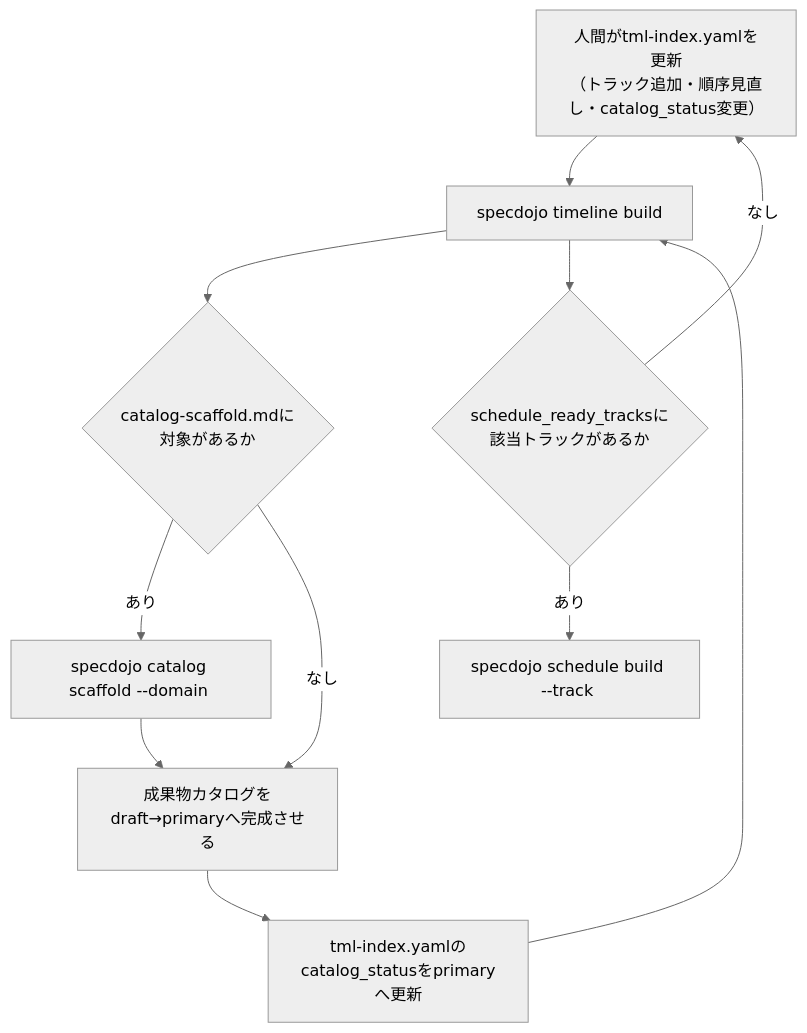
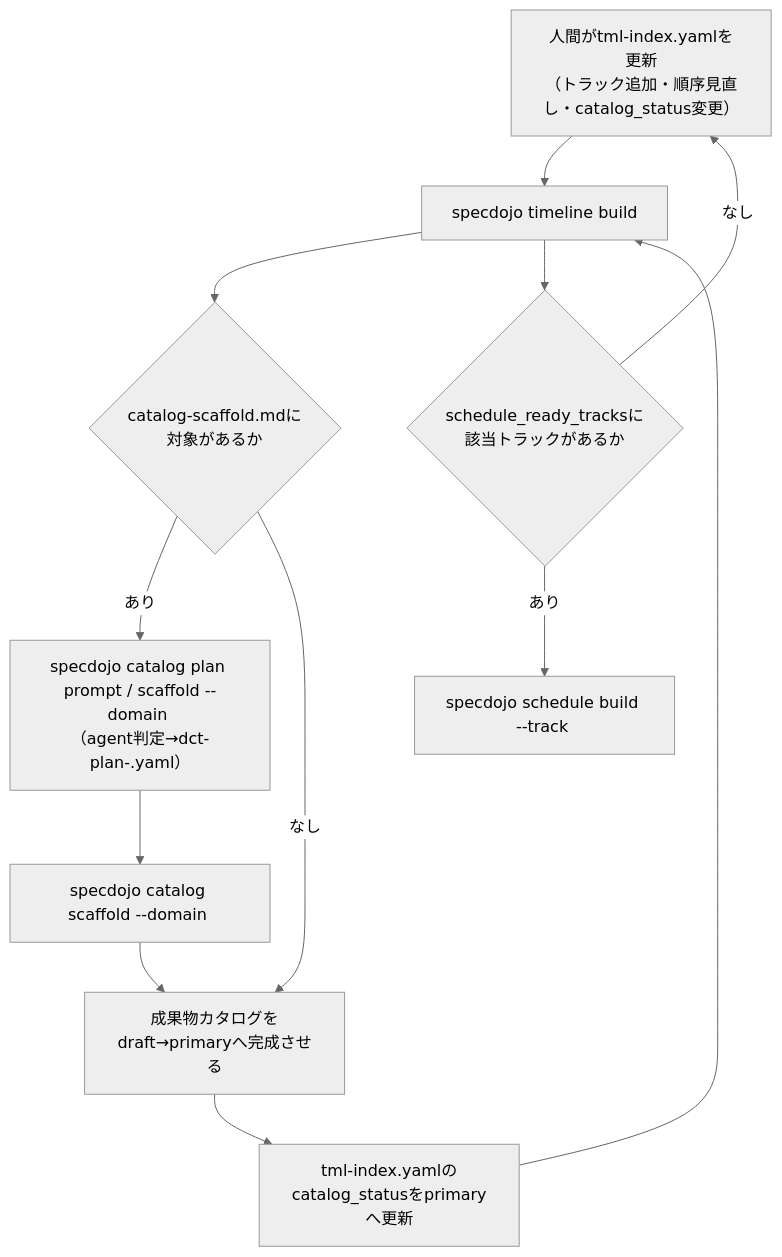
One commit to specdojo/specdojo changed the second of 2 diagrams in docs/ja/specdojo/guides/timeline-design-guide.md. Above: the diagram before and after it, drawn with Mermaid (neutral theme). The commit also changed other lines of this file and 17 other files, not shown here.

Commit message:
exec(register PJR-DCTG): data-flow等からDCT成果物インスタンスを判定するagentの実装

````diff
--- a/docs/ja/specdojo/guides/timeline-design-guide.md
+++ b/docs/ja/specdojo/guides/timeline-design-guide.md
@@ -84,13 +84,14 @@
 ```mermaid
 flowchart TD
     A["人間がtml-index.yamlを更新<br/>（トラック追加・順序見直し・catalog_status変更）"] --> B["specdojo timeline build"]
     B --> C{"catalog-scaffold.mdに<br/>対象があるか"}
-    C -->|"あり"| D["specdojo catalog scaffold --domain <domain>"]
+    C -->|"あり"| P["specdojo catalog plan prompt / scaffold --domain <domain><br/>（agent判定→dct-plan-<domain>.yaml）"]
+    P --> D["specdojo catalog scaffold --domain <domain>"]
     D --> E["成果物カタログをdraft→primaryへ完成させる"]
     C -->|"なし"| E
     E --> F["tml-index.yamlのcatalog_statusをprimaryへ更新"]
     F --> B
     B --> G{"schedule_ready_tracksに<br/>該当トラックがあるか"}
     G -->|"あり"| H["specdojo schedule build --track <track>"]
     G -->|"なし"| A
 ```
````
